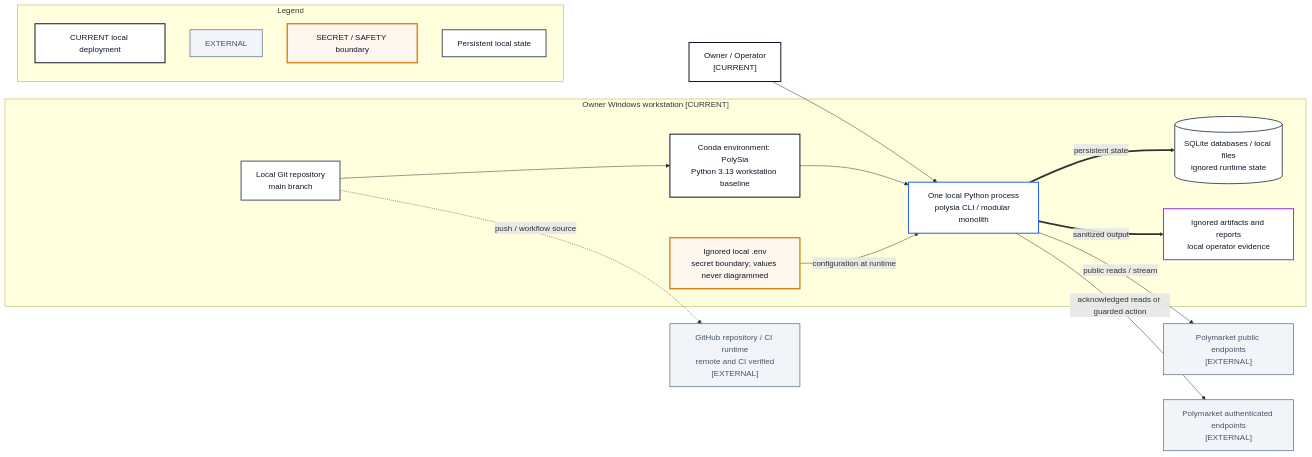
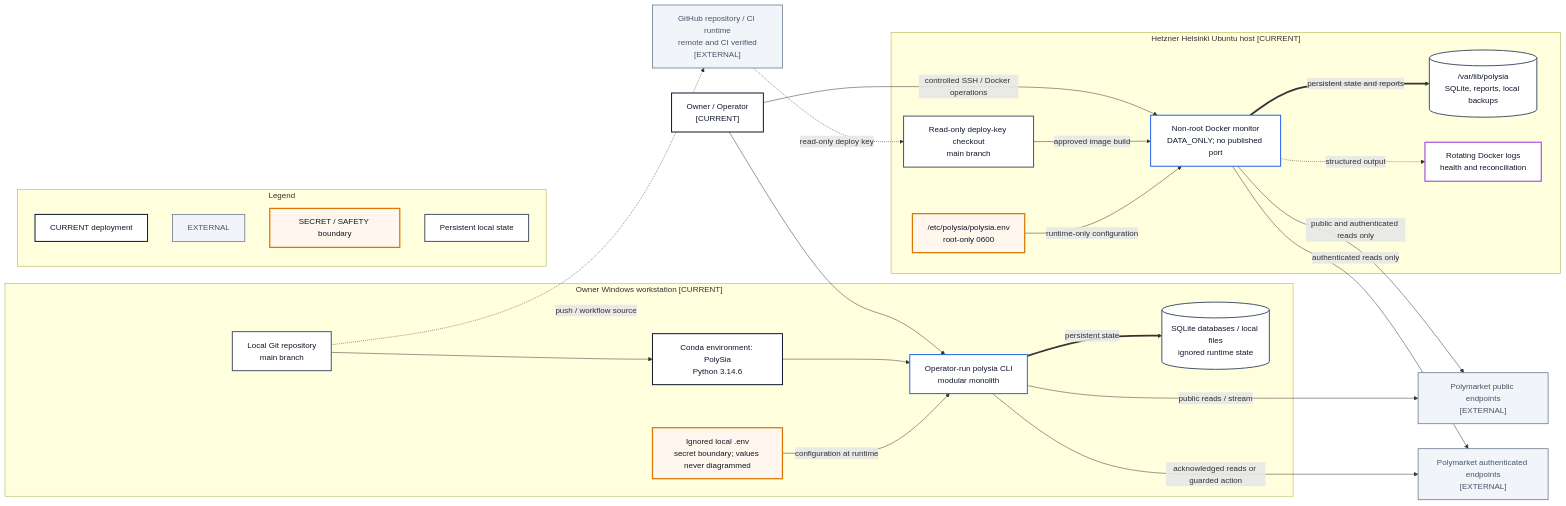
Before and after one commit to PolySia-Systems/Platform: the diagram in docs/04-architecture/visual-system/views/13-current-deployment-view.md, drawn with Mermaid. The commit also changed other lines of this file and 5 other files, not shown here.

Commit message:
docs(operations): record controlled server deployment

````diff
--- a/docs/04-architecture/visual-system/views/13-current-deployment-view.md
+++ b/docs/04-architecture/visual-system/views/13-current-deployment-view.md
@@ -14,40 +14,54 @@
 ```mermaid
 flowchart LR
   Operator["Owner / Operator\n[CURRENT]"]:::current
   GitHost["GitHub repository / CI runtime\nremote and CI verified\n[EXTERNAL]"]:::external
   PublicAPI["Polymarket public endpoints\n[EXTERNAL]"]:::external
   SecureAPI["Polymarket authenticated endpoints\n[EXTERNAL]"]:::external
 
   subgraph WORKSTATION["Owner Windows workstation [CURRENT]"]
     Repo["Local Git repository\nmain branch"]:::storage
-    Conda["Conda environment: PolySia\nPython 3.13 workstation baseline"]:::current
-    Process["One local Python process\npolysia CLI / modular monolith"]:::application
+    Conda["Conda environment: PolySia\nPython 3.14.6"]:::current
+    Process["Operator-run polysia CLI\nmodular monolith"]:::application
     Secrets["Ignored local .env\nsecret boundary; values never diagrammed"]:::risk
     SQLite[("SQLite databases / local files\nignored runtime state")]:::storage
-    Reports["Ignored artifacts and reports\nlocal operator evidence"]:::observability
+  end
+
+  subgraph SERVER["Hetzner Helsinki Ubuntu host [CURRENT]"]
+    Checkout["Read-only deploy-key checkout\nmain branch"]:::storage
+    Container["Non-root Docker monitor\nDATA_ONLY; no published port"]:::application
+    ServerSecrets["/etc/polysia/polysia.env\nroot-only 0600"]:::risk
+    ServerState[("/var/lib/polysia\nSQLite, reports, local backups")]:::storage
+    DockerLogs["Rotating Docker logs\nhealth and reconciliation"]:::observability
   end
 
   Operator --> Process
+  Operator -->|controlled SSH / Docker operations| Container
   Repo --> Conda
   Conda --> Process
   Secrets -->|configuration at runtime| Process
   Process ==>|persistent state| SQLite
-  Process ==>|sanitized output| Reports
   Process -->|public reads / stream| PublicAPI
   Process -->|acknowledged reads or guarded action| SecureAPI
   Repo -.->|push / workflow source| GitHost
+  GitHost -.->|read-only deploy key| Checkout
+  Checkout -->|approved image build| Container
+  ServerSecrets -->|runtime-only configuration| Container
+  Container ==>|persistent state and reports| ServerState
+  Container -.->|structured output| DockerLogs
+  Container -->|public and authenticated reads only| PublicAPI
+  Container -->|authenticated reads only| SecureAPI
 
   subgraph LEGEND["Legend"]
-    L1["CURRENT local deployment"]:::current
+    L1["CURRENT deployment"]:::current
     L2["EXTERNAL"]:::external
     L3["SECRET / SAFETY boundary"]:::risk
     L4["Persistent local state"]:::storage
   end
 
   classDef current fill:#FFFFFF,stroke:#0F172A,stroke-width:2px,color:#0F172A;
   classDef application fill:#FFFFFF,stroke:#2563EB,stroke-width:2px,color:#0F172A;
   classDef external fill:#F1F5F9,stroke:#64748B,stroke-width:1.5px,color:#475569;
   classDef risk fill:#FFF7ED,stroke:#D97706,stroke-width:2.5px,color:#0F172A;
   classDef storage fill:#FFFFFF,stroke:#475569,stroke-width:2px,color:#0F172A;
   classDef observability fill:#FFFFFF,stroke:#9333EA,stroke-width:2px,color:#0F172A;
 ```
````
